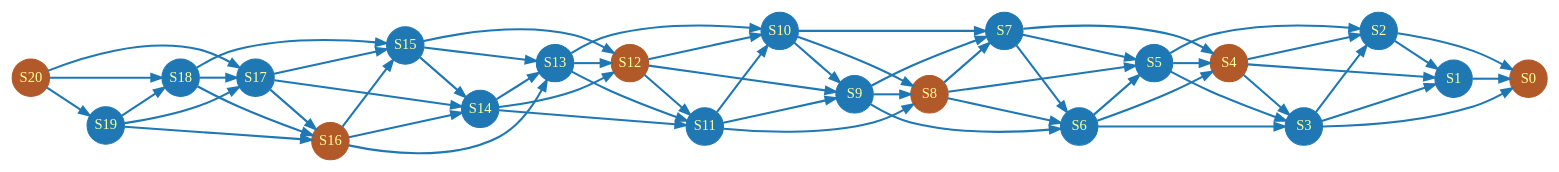
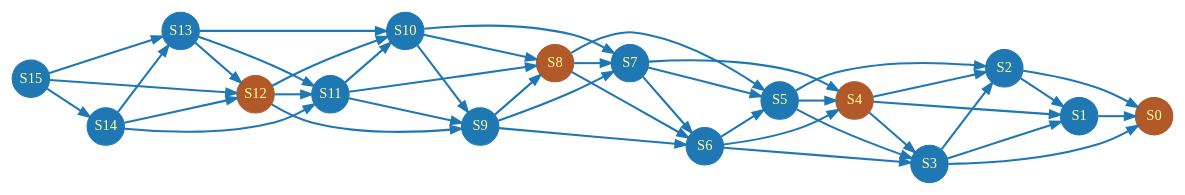
One commit to Wakeless-Ry/Nim-Game changed the diagram in app/graphs/graphe.dot. Above: the diagram before and after it, drawn with Graphviz. The commit also changed 4 other files, not shown here.

```diff
--- a/app/graphs/graphe.dot
+++ b/app/graphs/graphe.dot
@@ -1,70 +1,53 @@
 digraph G {
 	layout=dot
 	rankdir=LR
 	node [ shape=circle, width=.5, fixedsize=true, style=filled,
 		colorscheme=paired12, color=2, fillcolor=2, fontcolor=11 ]
 	edge [ width=.4, penwidth=2, colorscheme=paired12, color=2 ]
     S0 [ color=12, fillcolor=12 ]
     S4 [ color=12, fillcolor=12 ]
     S8 [ color=12, fillcolor=12 ]
     S12 [ color=12, fillcolor=12 ]
-    S16 [ color=12, fillcolor=12 ]
-    S20 [ color=12, fillcolor=12 ]
     S1 -> S0
     S2 -> S0
     S2 -> S1
     S3 -> S0
     S3 -> S1
     S3 -> S2
     S4 -> S1
     S4 -> S2
     S4 -> S3
     S5 -> S2
     S5 -> S3
     S5 -> S4
     S6 -> S3
     S6 -> S4
     S6 -> S5
     S7 -> S4
     S7 -> S5
     S7 -> S6
     S8 -> S5
     S8 -> S6
     S8 -> S7
     S9 -> S6
     S9 -> S7
     S9 -> S8
     S10 -> S7
     S10 -> S8
     S10 -> S9
     S11 -> S8
     S11 -> S9
     S11 -> S10
     S12 -> S9
     S12 -> S10
     S12 -> S11
     S13 -> S10
     S13 -> S11
     S13 -> S12
     S14 -> S11
     S14 -> S12
     S14 -> S13
     S15 -> S12
     S15 -> S13
     S15 -> S14
-    S16 -> S13
-    S16 -> S14
-    S16 -> S15
-    S17 -> S14
-    S17 -> S15
-    S17 -> S16
-    S18 -> S15
-    S18 -> S16
-    S18 -> S17
-    S19 -> S16
-    S19 -> S17
-    S19 -> S18
-    S20 -> S17
-    S20 -> S18
-    S20 -> S19
 }
```
